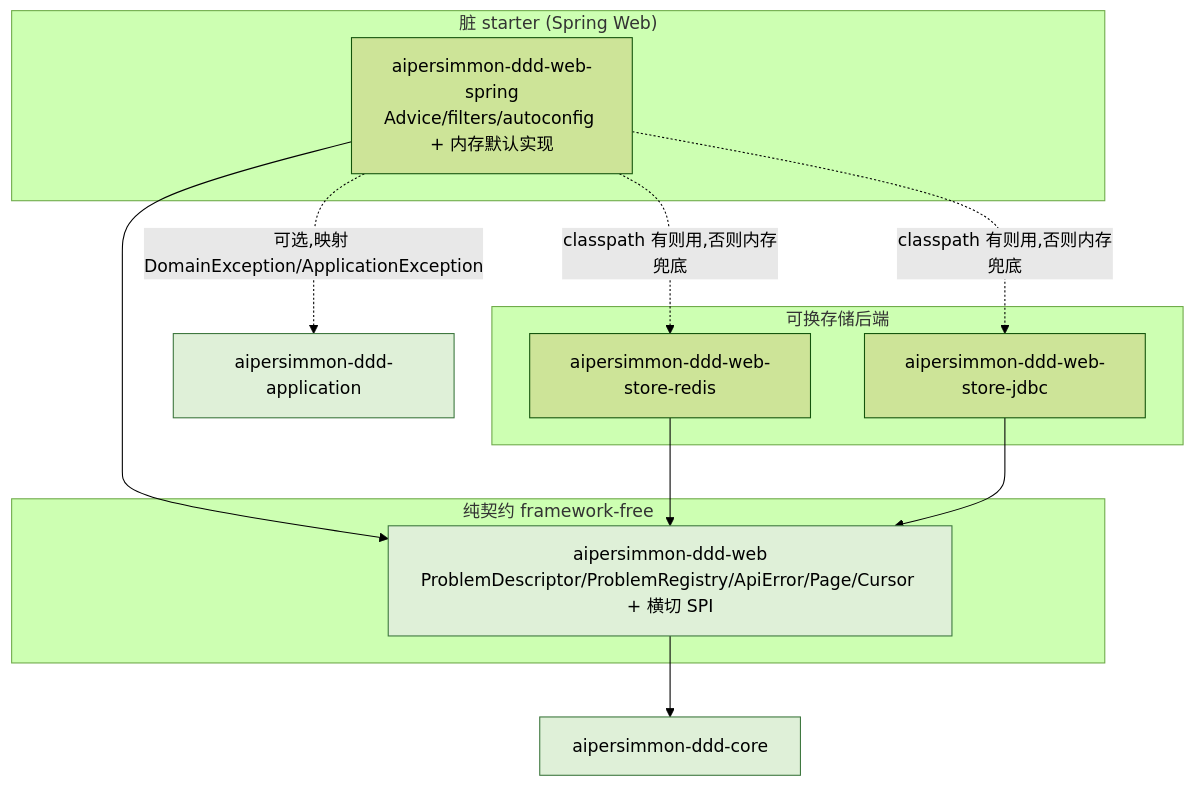
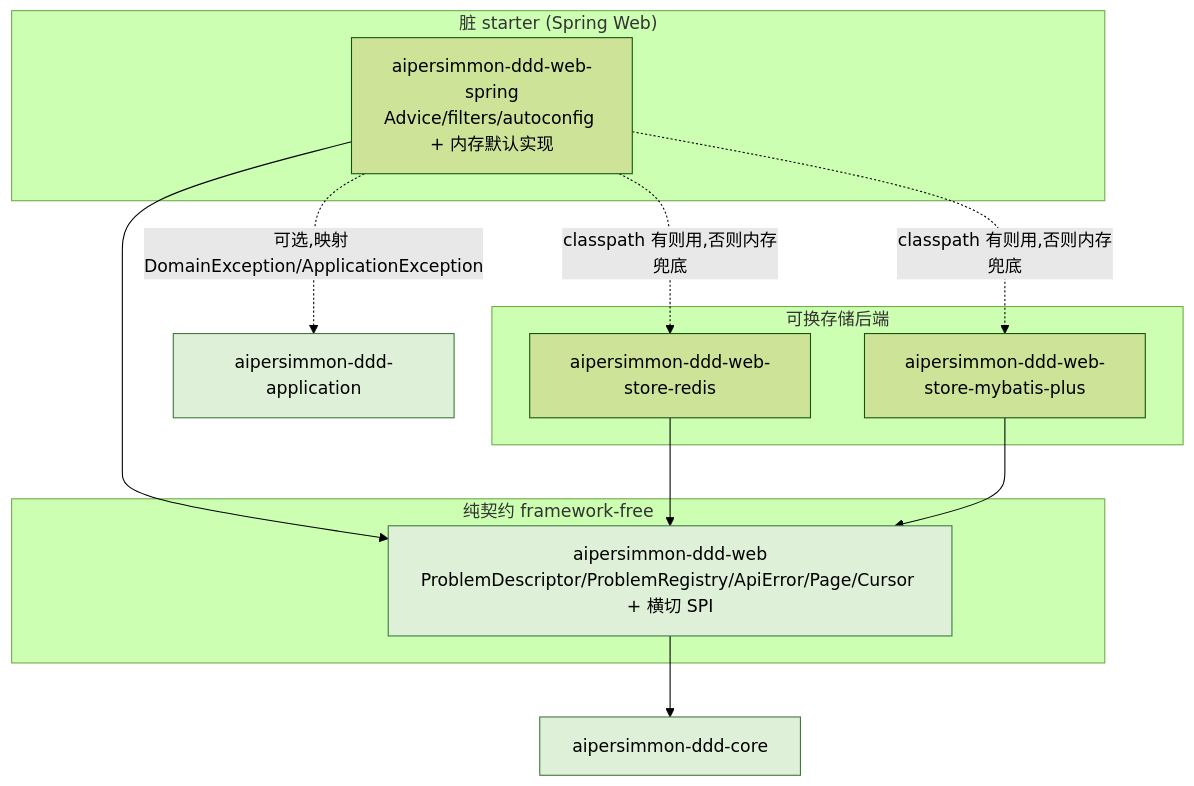
One commit to ryan-alexander-zhang/ai-native-project-template changed the diagram in docs/design/design-00002-web-layer.md. Above: the diagram before and after it, drawn with Mermaid (forest theme). The commit also changed other lines of this file and 375 other files, not shown here.

````diff
--- a/docs/design/design-00002-web-layer.md
+++ b/docs/design/design-00002-web-layer.md
@@ -47,26 +47,26 @@
 ```mermaid
 flowchart TD
   core["aipersimmon-ddd-core"]
   app["aipersimmon-ddd-application"]
   subgraph webpure["纯契约 framework-free"]
     web["aipersimmon-ddd-web<br/>ProblemDescriptor/ProblemRegistry/ApiError/Page/Cursor + 横切 SPI"]
   end
   subgraph webstarter["脏 starter (Spring Web)"]
     webspring["aipersimmon-ddd-web-spring<br/>Advice/filters/autoconfig + 内存默认实现"]
   end
   subgraph webstore["可换存储后端"]
     redis["aipersimmon-ddd-web-store-redis"]
-    jdbc["aipersimmon-ddd-web-store-jdbc"]
+    jdbc["aipersimmon-ddd-web-store-mybatis-plus"]
   end
 
   web --> core
   webspring --> web
   webspring -. 可选,映射 DomainException/ApplicationException .-> app
   redis --> web
   jdbc --> web
   webspring -. classpath 有则用,否则内存兜底 .-> redis
   webspring -. classpath 有则用,否则内存兜底 .-> jdbc
 
   classDef pure fill:#dff0d8,stroke:#3c763d;
   class core,app,web pure
 ```
````
